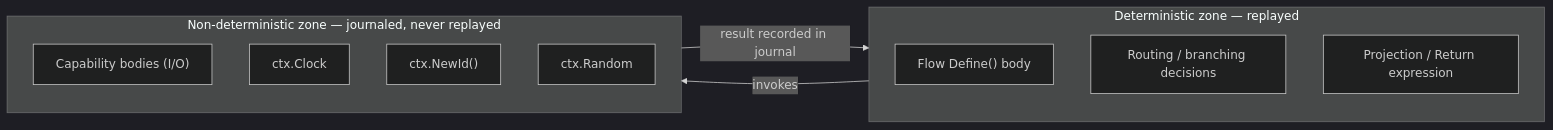
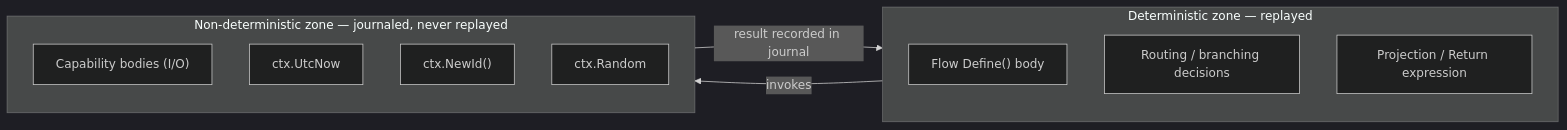
Before and after one commit to KhaiTrang1995/NexusFlow: the third of 7 diagrams in docs/06-Execution-Engine.md, drawn with Mermaid (dark theme). The commit also changed other lines of this file and 27 other files, not shown here.

````diff
--- a/docs/06-Execution-Engine.md
+++ b/docs/06-Execution-Engine.md
@@ -182,16 +195,16 @@
 ```mermaid
 flowchart LR
     subgraph det["Deterministic zone — replayed"]
         F["Flow Define() body"]
         R["Routing / branching decisions"]
         P["Projection / Return expression"]
     end
     subgraph nondet["Non-deterministic zone — journaled, never replayed"]
         C["Capability bodies (I/O)"]
-        T["ctx.Clock"]
+        T["ctx.UtcNow"]
         I["ctx.NewId()"]
         RND["ctx.Random"]
     end
     det -->|"invokes"| nondet
     nondet -->|"result recorded in journal"| det
 ```
````
